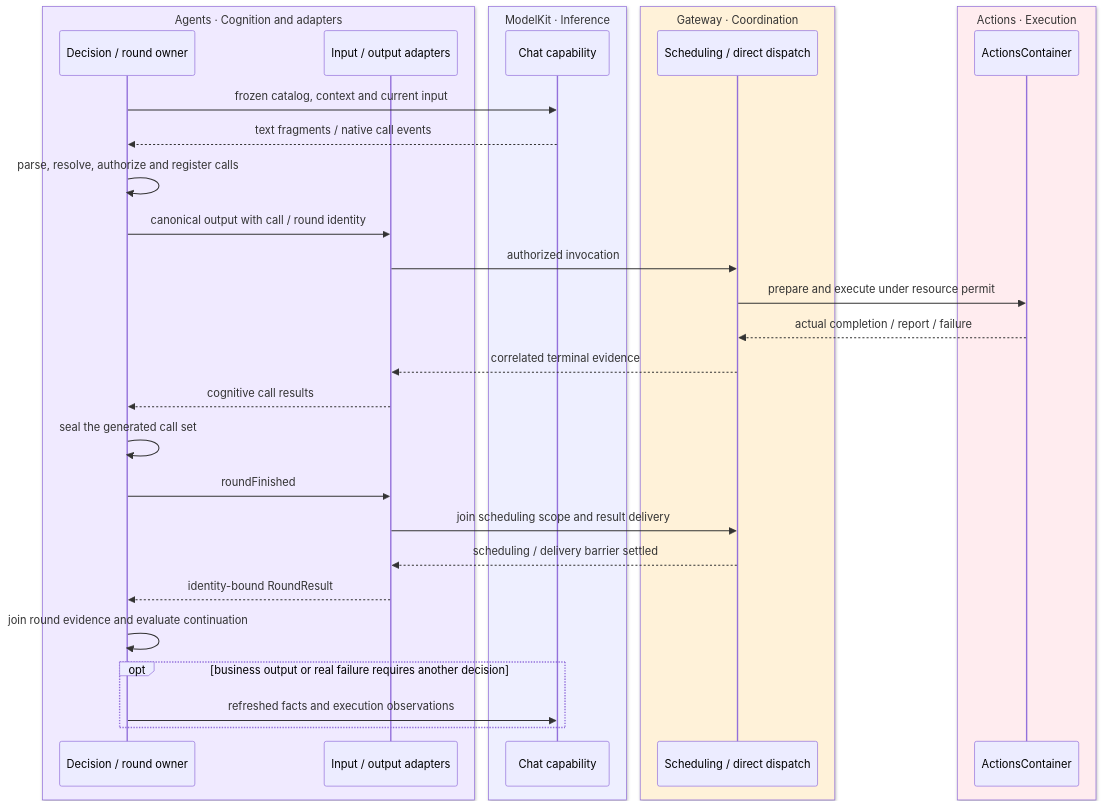
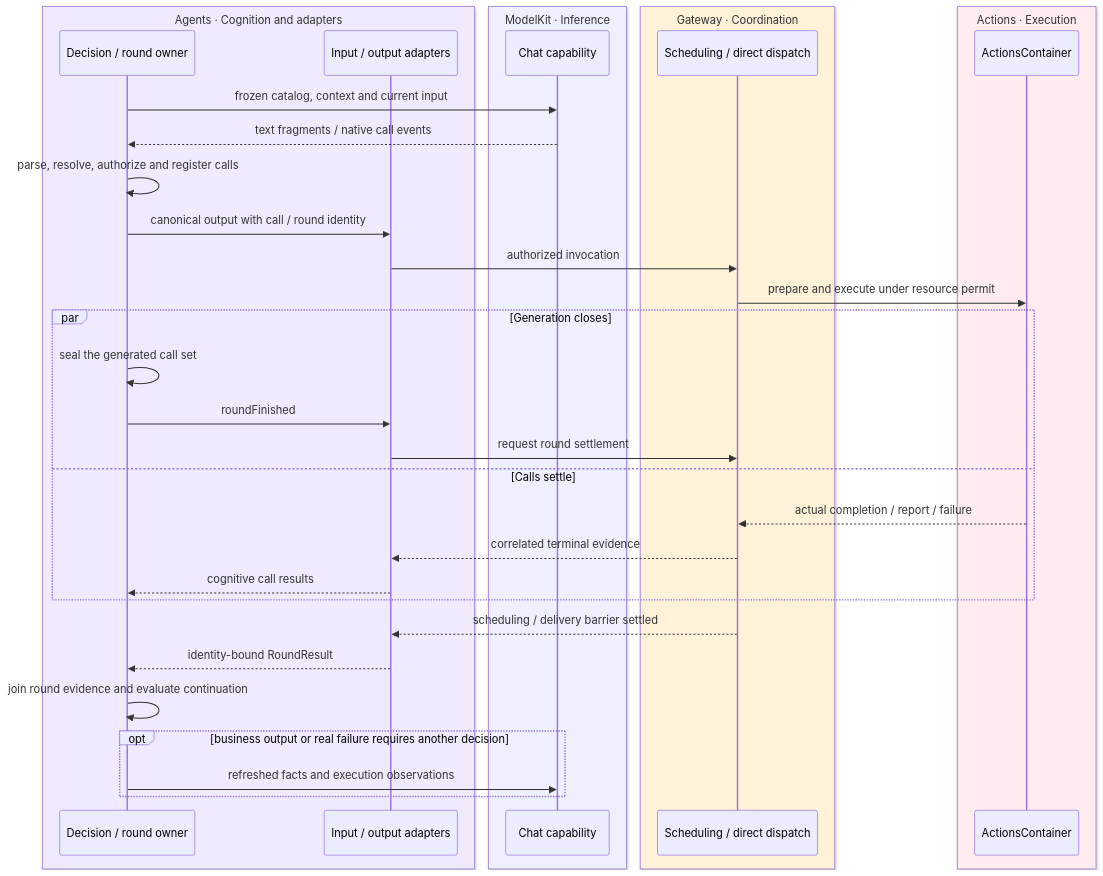
Before and after one commit to devilyouwei/MobileHarness: diagram 15 of 27 in MobileHarness/README.md, drawn with Mermaid. The commit also changed other lines of this file and 115 other files, not shown here.

````diff
--- a/MobileHarness/README.md
+++ b/MobileHarness/README.md
@@ -926,34 +931,37 @@
 ```mermaid
 sequenceDiagram
     box rgb(240,234,255) Agents · Cognition and adapters
         participant A as Decision / round owner
         participant B as Input / output adapters
     end
     box rgb(238,239,255) ModelKit · Inference
         participant M as Chat capability
     end
     box rgb(255,242,217) Gateway · Coordination
         participant G as Scheduling / direct dispatch
     end
     box rgb(255,236,239) Actions · Execution
         participant X as ActionsContainer
     end
     A->>M: frozen catalog, context and current input
     M-->>A: text fragments / native call events
     A->>A: parse, resolve, authorize and register calls
     A->>B: canonical output with call / round identity
     B->>G: authorized invocation
     G->>X: prepare and execute under resource permit
-    X-->>G: actual completion / report / failure
-    G-->>B: correlated terminal evidence
-    B-->>A: cognitive call results
-    A->>A: seal the generated call set
-    A->>B: roundFinished
-    B->>G: join scheduling scope and result delivery
+    par Generation closes
+        A->>A: seal the generated call set
+        A->>B: roundFinished
+        B->>G: request round settlement
+    and Calls settle
+        X-->>G: actual completion / report / failure
+        G-->>B: correlated terminal evidence
+        B-->>A: cognitive call results
+    end
     G-->>B: scheduling / delivery barrier settled
     B-->>A: identity-bound RoundResult
     A->>A: join round evidence and evaluate continuation
     opt business output or real failure requires another decision
         A->>M: refreshed facts and execution observations
     end
 ```
````
